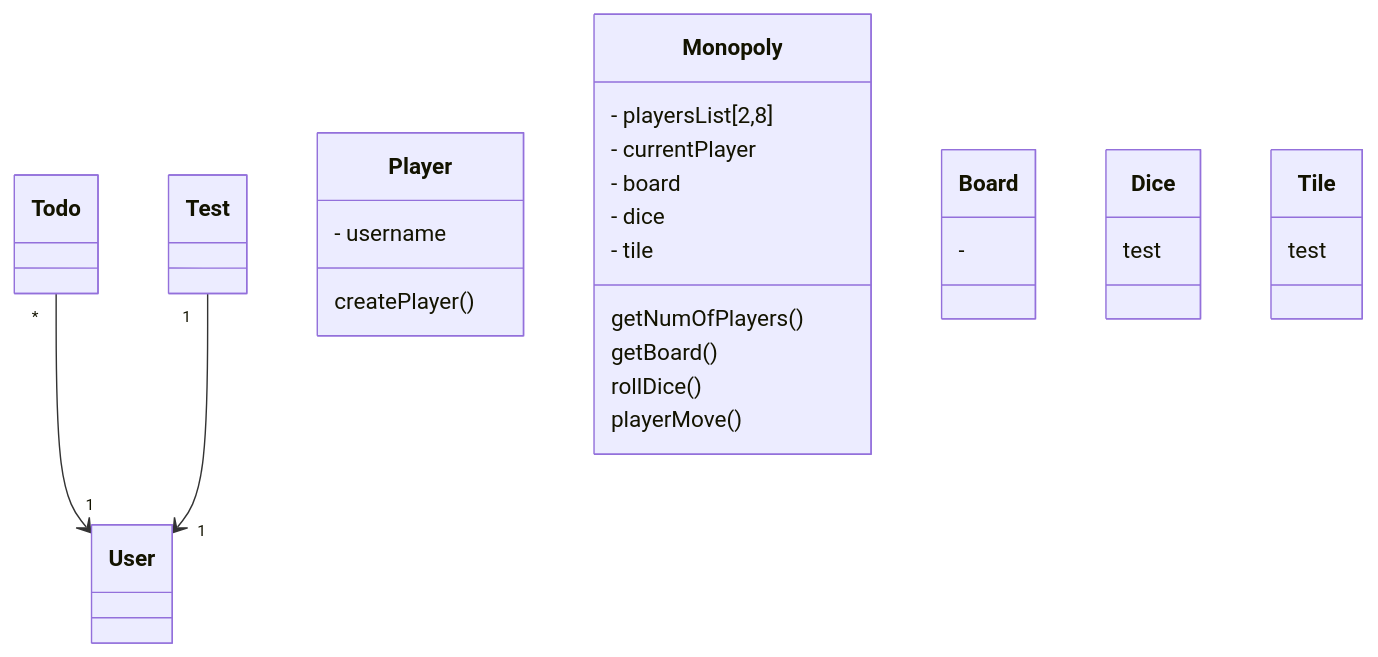
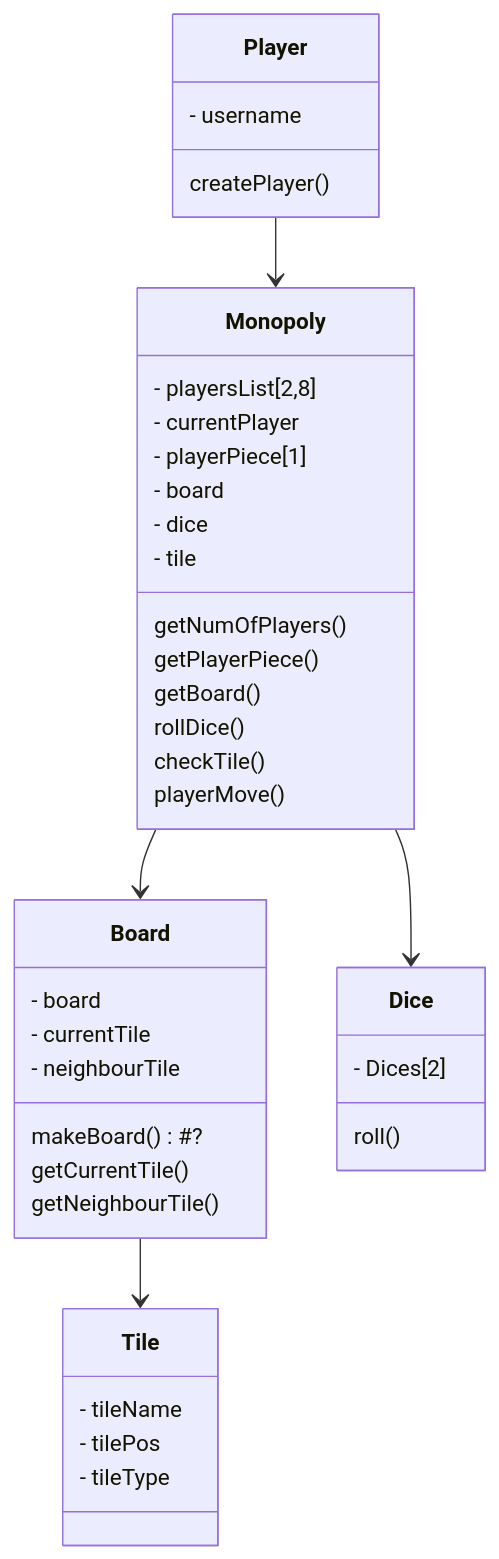
The diagram in laskarit/viikko3/Monopoli.md (Eoyie/ot-harjoitustyo), drawn with Mermaid before and after one commit.

````diff
--- a/laskarit/viikko3/Monopoli.md
+++ b/laskarit/viikko3/Monopoli.md
@@ -1,29 +1,43 @@
 ```mermaid
  classDiagram
-      Todo "*" --> "1" User
-      Test "1" --> "1" User
+      Player -->  Monopoly
+      Monopoly -->  Board
+      Monopoly -->  Dice
+      Board -->  Tile
       class Player{
           - username
           createPlayer()
       }
       class Monopoly{
           - playersList[2,8]
           - currentPlayer
+          - playerPiece[1]
           - board
           - dice
           - tile
           getNumOfPlayers()
+          getPlayerPiece()
           getBoard()
           rollDice()
+          checkTile()
           playerMove()
       }
       class Board{
-          -
+          - board
+          - currentTile
+          - neighbourTile
+          makeBoard() #?
+          getCurrentTile()
+          getNeighbourTile()
       }
       class Dice{
-          test
+          - Dices[2]
+          roll()
       }
       class Tile{
-          test
+          - tileName
+          - tilePos
+          - tileType
+          
       }
 ```
````
